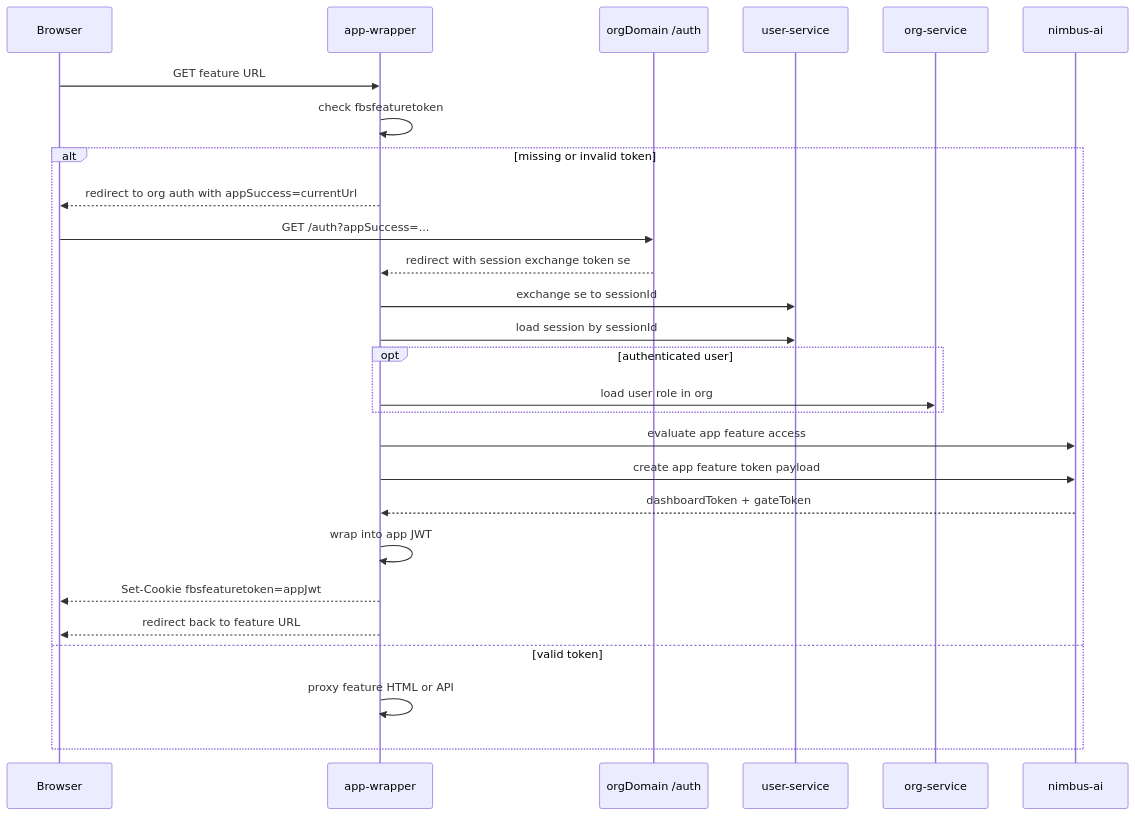
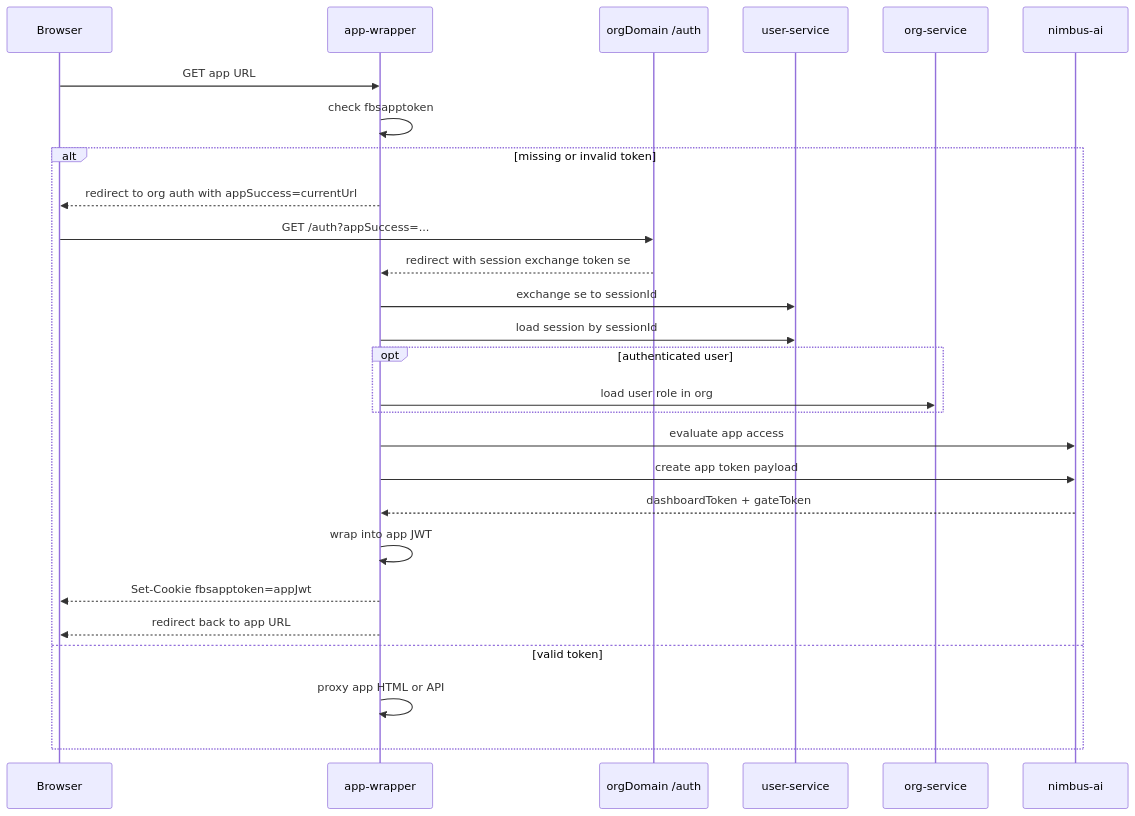
One commit to fusebase-dev/fusebase-cli changed the third of 6 diagrams in docs/proposals/APP-AUTH-FLOW.md. Above: the diagram before and after it, drawn with Mermaid. The commit also changed other lines of this file and 113 other files, not shown here.

````diff
--- a/docs/proposals/APP-AUTH-FLOW.md
+++ b/docs/proposals/APP-AUTH-FLOW.md
@@ -130,30 +130,30 @@
 ```mermaid
 sequenceDiagram
   participant Browser as Browser
   participant Wrapper as app-wrapper
   participant OrgAuth as orgDomain /auth
   participant User as user-service
   participant Org as org-service
   participant Nimbus as nimbus-ai
 
-  Browser->>Wrapper: GET feature URL
-  Wrapper->>Wrapper: check fbsfeaturetoken
+  Browser->>Wrapper: GET app URL
+  Wrapper->>Wrapper: check fbsapptoken
   alt missing or invalid token
     Wrapper-->>Browser: redirect to org auth with appSuccess=currentUrl
     Browser->>OrgAuth: GET /auth?appSuccess=...
     OrgAuth-->>Wrapper: redirect with session exchange token se
     Wrapper->>User: exchange se to sessionId
     Wrapper->>User: load session by sessionId
     opt authenticated user
       Wrapper->>Org: load user role in org
     end
-    Wrapper->>Nimbus: evaluate app feature access
-    Wrapper->>Nimbus: create app feature token payload
+    Wrapper->>Nimbus: evaluate app access
+    Wrapper->>Nimbus: create app token payload
     Nimbus-->>Wrapper: dashboardToken + gateToken
     Wrapper->>Wrapper: wrap into app JWT
-    Wrapper-->>Browser: Set-Cookie fbsfeaturetoken=appJwt
-    Wrapper-->>Browser: redirect back to feature URL
+    Wrapper-->>Browser: Set-Cookie fbsapptoken=appJwt
+    Wrapper-->>Browser: redirect back to app URL
   else valid token
-    Wrapper->>Wrapper: proxy feature HTML or API
+    Wrapper->>Wrapper: proxy app HTML or API
   end
 ```
````
